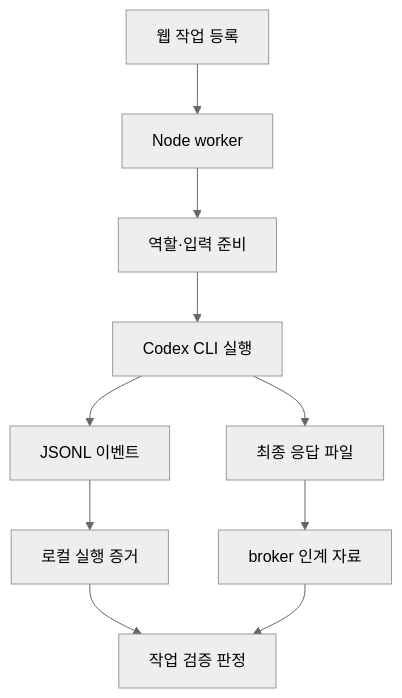
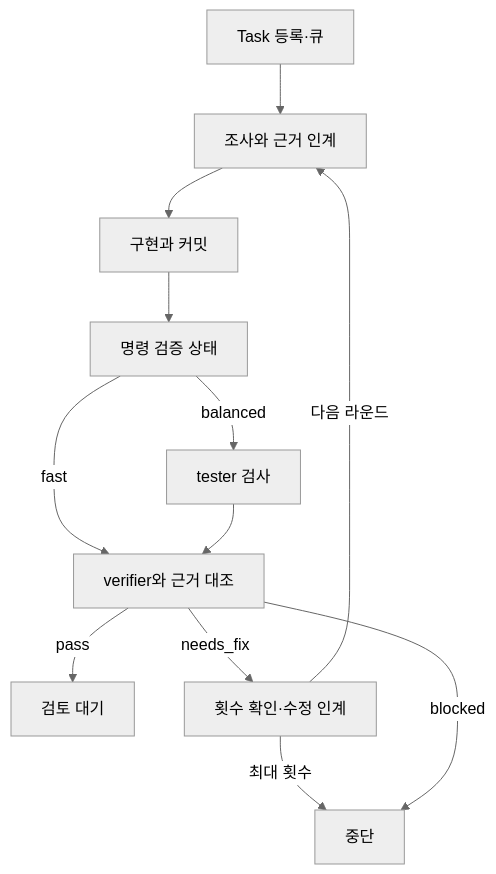
The diagram in content/articles/ai/cli-agent-harness.md (imjae/imjae.github.io), drawn with Mermaid (neutral theme) before and after one commit. The commit also changed other lines of this file, not shown here.

Commit message:
CLI 하네스의 역할 분리와 실행 검증 구조를 보완한다

````diff
--- a/content/articles/ai/cli-agent-harness.md
+++ b/content/articles/ai/cli-agent-harness.md
@@ -78,12 +183,14 @@
 ```mermaid
 flowchart TD
-    A[웹 작업 등록] --> B[Node worker]
-    B --> C[역할·입력 준비]
-    C --> D[Codex CLI 실행]
-    D --> E[JSONL 이벤트]
-    D --> F[최종 응답 파일]
-    E --> G[로컬 실행 증거]
-    F --> H[broker 인계 자료]
-    G --> I[작업 검증 판정]
-    H --> I
+    A[Task 등록·큐] --> B[조사와 근거 인계]
+    B --> C[구현과 커밋]
+    C --> D[명령 검증 상태]
+    D -->|balanced| E[tester 검사]
+    D -->|fast| F[verifier와 근거 대조]
+    E --> F
+    F -->|pass| G[검토 대기]
+    F -->|needs_fix| H[횟수 확인·수정 인계]
+    H -->|다음 라운드| B
+    H -->|최대 횟수| I[중단]
+    F -->|blocked| I
 ```
````
